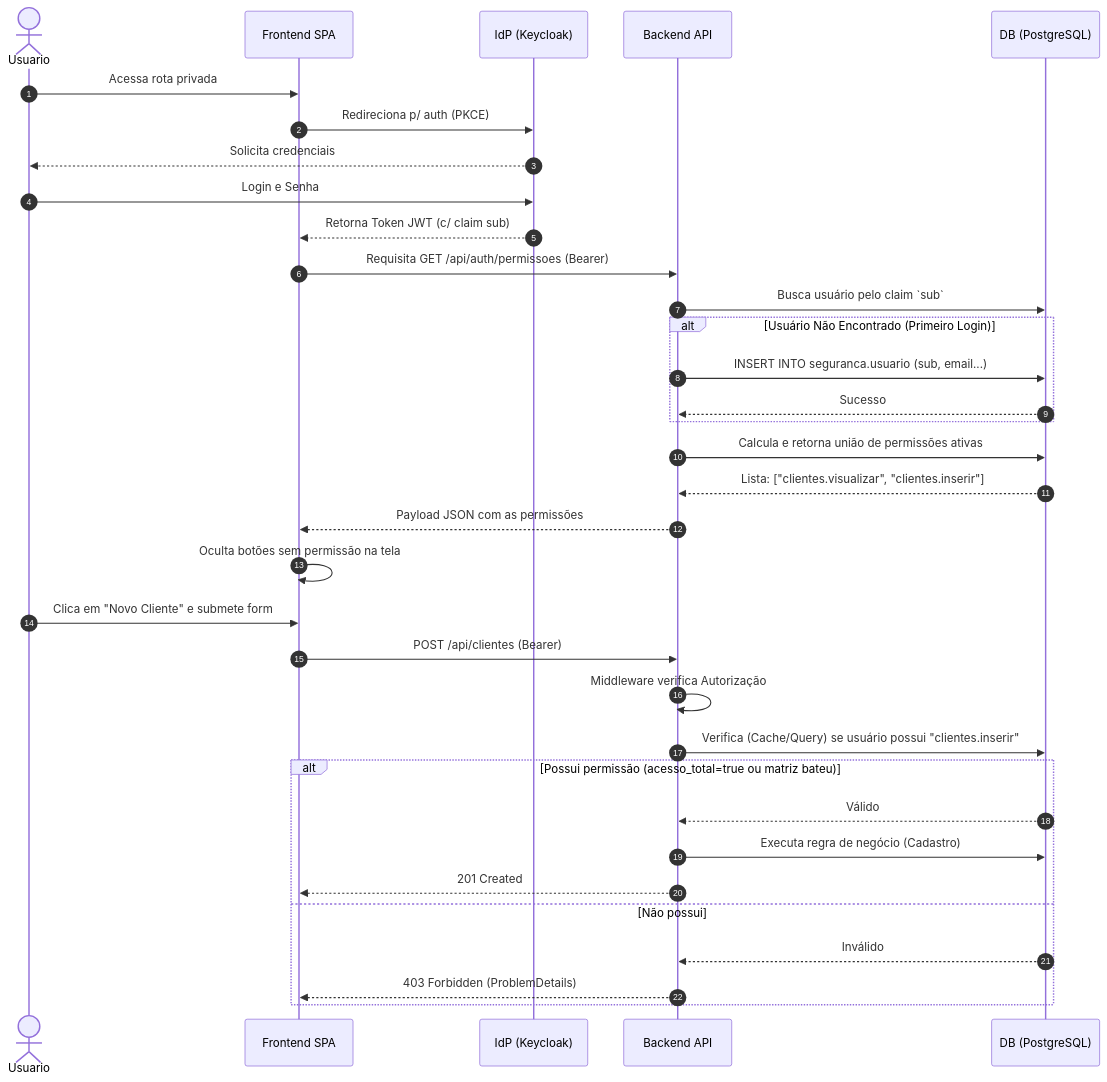
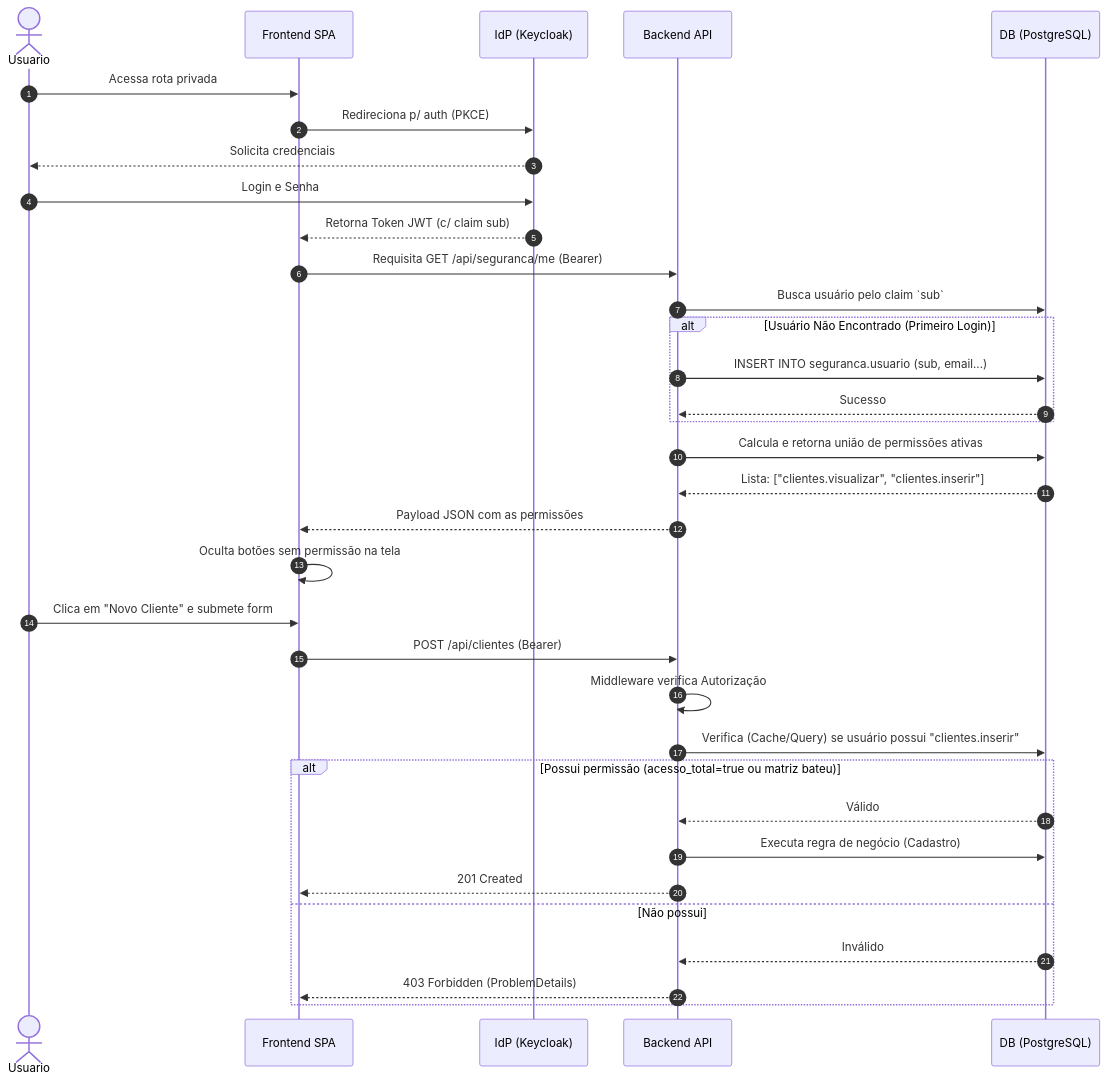
The diagram in docs/seguranca/03-fluxo-autenticacao-autorizacao.md (progridai/webapolice), drawn with Mermaid before and after one commit. The commit also changed other lines of this file and 548 other files, not shown here.

````diff
--- a/docs/seguranca/03-fluxo-autenticacao-autorizacao.md
+++ b/docs/seguranca/03-fluxo-autenticacao-autorizacao.md
@@ -59,40 +59,40 @@
 ```mermaid
 sequenceDiagram
     autonumber
     actor Usuario
     participant Front as Frontend SPA
     participant KC as IdP (Keycloak)
     participant Back as Backend API
     participant DB as DB (PostgreSQL)
 
     Usuario->>Front: Acessa rota privada
     Front->>KC: Redireciona p/ auth (PKCE)
     KC-->>Usuario: Solicita credenciais
     Usuario->>KC: Login e Senha
     KC-->>Front: Retorna Token JWT (c/ claim sub)
     
-    Front->>Back: Requisita GET /api/auth/permissoes (Bearer)
+    Front->>Back: Requisita GET /api/seguranca/me (Bearer)
     Back->>DB: Busca usuário pelo claim `sub`
     alt Usuário Não Encontrado (Primeiro Login)
         Back->>DB: INSERT INTO seguranca.usuario (sub, email...)
         DB-->>Back: Sucesso
     end
     Back->>DB: Calcula e retorna união de permissões ativas
     DB-->>Back: Lista: ["clientes.visualizar", "clientes.inserir"]
     Back-->>Front: Payload JSON com as permissões
     
     Front->>Front: Oculta botões sem permissão na tela
     
     Usuario->>Front: Clica em "Novo Cliente" e submete form
     Front->>Back: POST /api/clientes (Bearer)
     Back->>Back: Middleware verifica Autorização
     Back->>DB: Verifica (Cache/Query) se usuário possui "clientes.inserir"
     alt Possui permissão (acesso_total=true ou matriz bateu)
         DB-->>Back: Válido
         Back->>DB: Executa regra de negócio (Cadastro)
         Back-->>Front: 201 Created
     else Não possui
         DB-->>Back: Inválido
         Back-->>Front: 403 Forbidden (ProblemDetails)
     end
 ```
````
